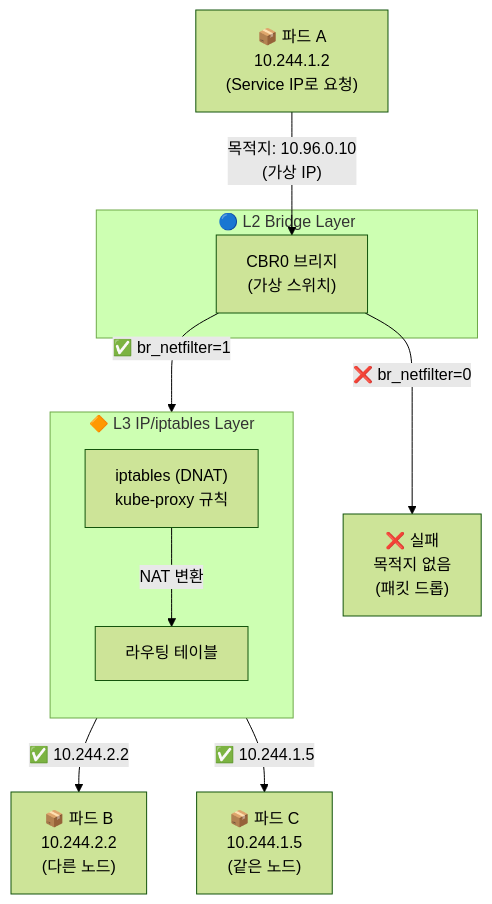
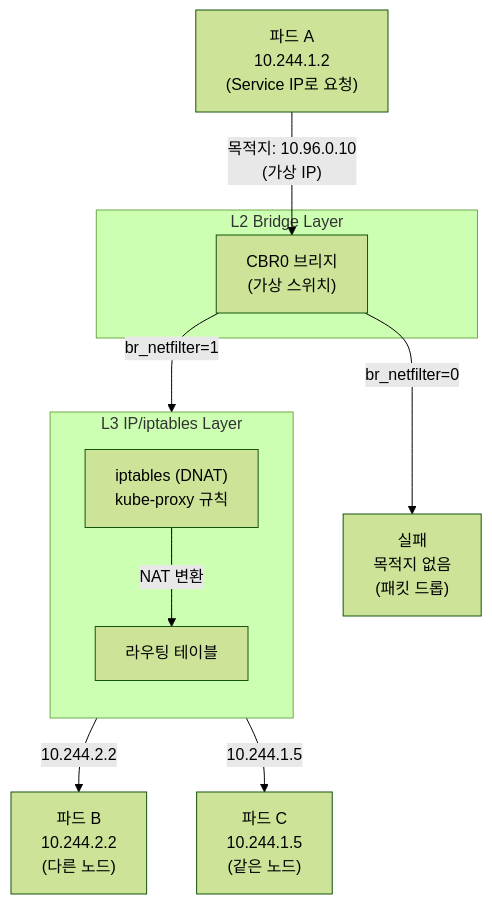
One commit to juwon8891/juwon8891.github.io changed the second of 3 diagrams in docs/container/linux-kernel-container.md. Above: the diagram before and after it, drawn with Mermaid (forest theme). The commit also changed other lines of this file, not shown here.

Commit message:
docs: Remove emojis from linux kernel and container documentation

````diff
--- a/docs/container/linux-kernel-container.md
+++ b/docs/container/linux-kernel-container.md
@@ -349,29 +349,29 @@
 ```mermaid
 graph TB
-    Start["📦 파드 A<br/>10.244.1.2<br/>(Service IP로 요청)"]
+    Start["파드 A<br/>10.244.1.2<br/>(Service IP로 요청)"]
     
     Start -->|"목적지: 10.96.0.10<br/>(가상 IP)"| Bridge
     
-    subgraph L2["🔵 L2 Bridge Layer"]
+    subgraph L2["L2 Bridge Layer"]
         Bridge["CBR0 브리지<br/>(가상 스위치)"]
     end
     
-    Bridge -->|"❌ br_netfilter=0"| Fail
-    Bridge -->|"✅ br_netfilter=1"| L3Flow
+    Bridge -->|"br_netfilter=0"| Fail
+    Bridge -->|"br_netfilter=1"| L3Flow
     
-    Fail["❌ 실패<br/>목적지 없음<br/>(패킷 드롭)"]
+    Fail["실패<br/>목적지 없음<br/>(패킷 드롭)"]
     
-    subgraph L3Flow["🔶 L3 IP/iptables Layer"]
+    subgraph L3Flow["L3 IP/iptables Layer"]
         direction TB
         IPtables["iptables (DNAT)<br/>kube-proxy 규칙"]
         Routing["라우팅 테이블"]
         
         IPtables -->|"NAT 변환"| Routing
     end
     
-    Routing -->|"✅ 10.244.2.2"| PodB
-    Routing -->|"✅ 10.244.1.5"| PodC
+    Routing -->|"10.244.2.2"| PodB
+    Routing -->|"10.244.1.5"| PodC
     
-    PodB["📦 파드 B<br/>10.244.2.2<br/>(다른 노드)"]
-    PodC["📦 파드 C<br/>10.244.1.5<br/>(같은 노드)"]
+    PodB["파드 B<br/>10.244.2.2<br/>(다른 노드)"]
+    PodC["파드 C<br/>10.244.1.5<br/>(같은 노드)"]
 ```
````
